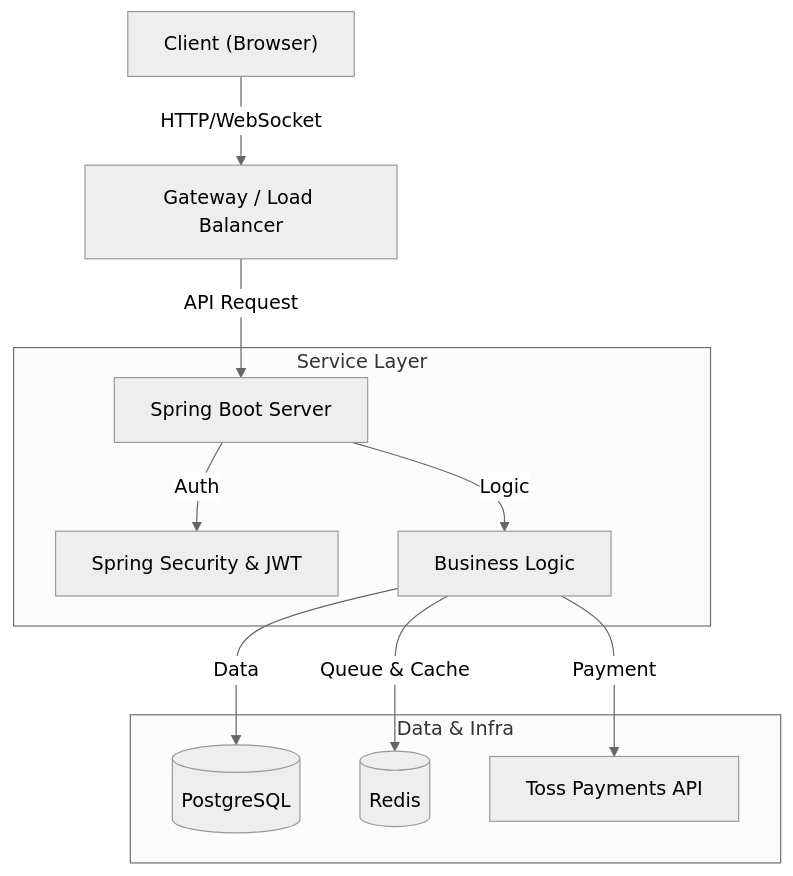
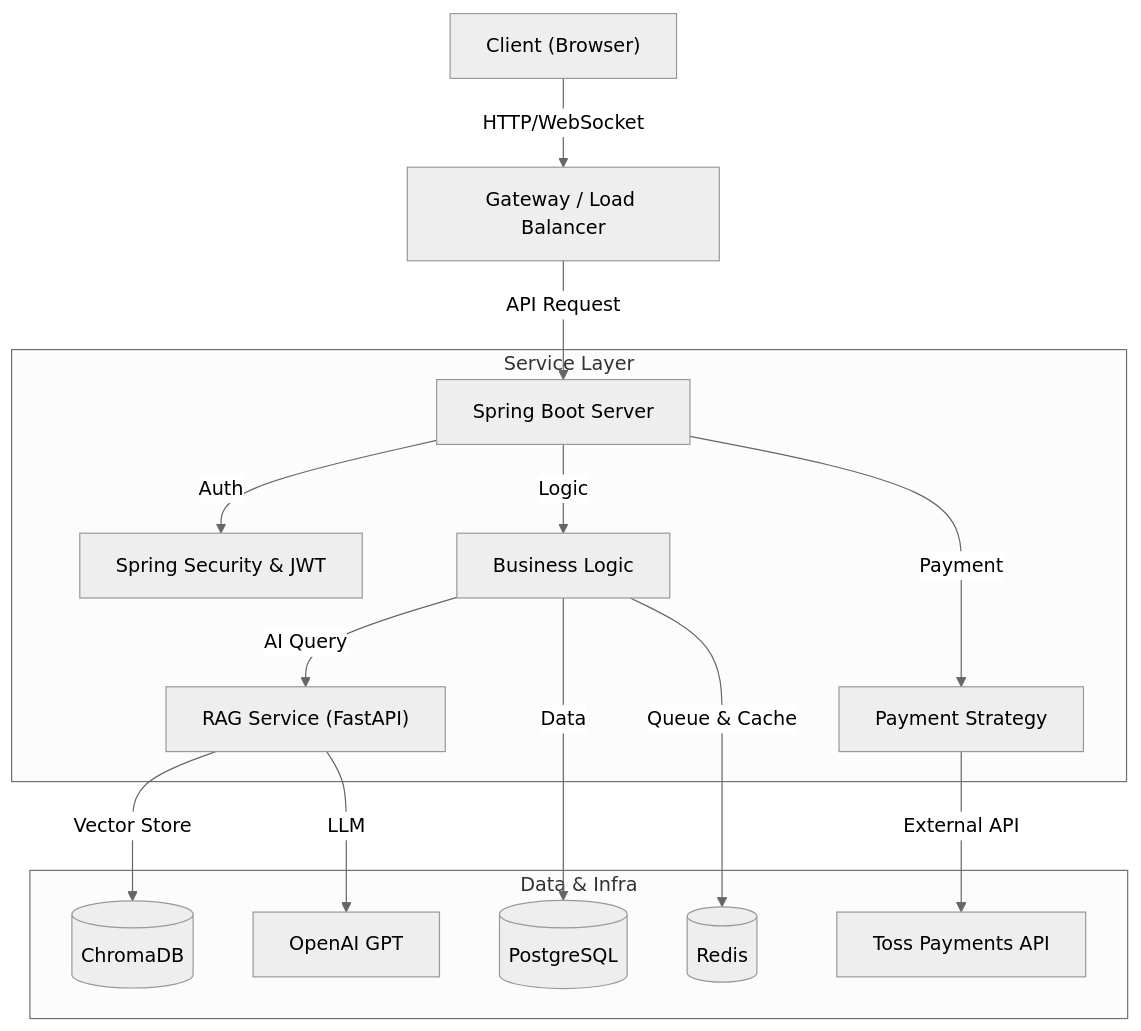
The first of 2 diagrams in README.md (Sssss-Mmm/practice-shop), drawn with Mermaid (neutral theme) before and after one commit. The commit also changed other lines of this file, not shown here.

````diff
--- a/README.md
+++ b/README.md
@@ -11,16 +11,21 @@
 ```mermaid
 graph TD
     User["Client (Browser)"] -->|HTTP/WebSocket| LB["Gateway / Load Balancer"]
     LB -->|API Request| WebServer["Spring Boot Server"]
     
     subgraph "Service Layer"
         WebServer -->|Auth| Security["Spring Security & JWT"]
         WebServer -->|Logic| Service["Business Logic"]
+        WebServer -->|Payment| Strategy["Payment Strategy"]
+        
+        Service -->|AI Query| RAG["RAG Service (FastAPI)"]
     end
     
     subgraph "Data & Infra"
         Service -->|Data| DB[("PostgreSQL")]
         Service -->|Queue & Cache| Redis[("Redis")]
-        Service -->|Payment| Toss["Toss Payments API"]
+        Strategy -->|External API| Toss["Toss Payments API"]
+        RAG -->|Vector Store| Chroma[("ChromaDB")]
+        RAG -->|LLM| OpenAI["OpenAI GPT"]
     end
 ```
````
